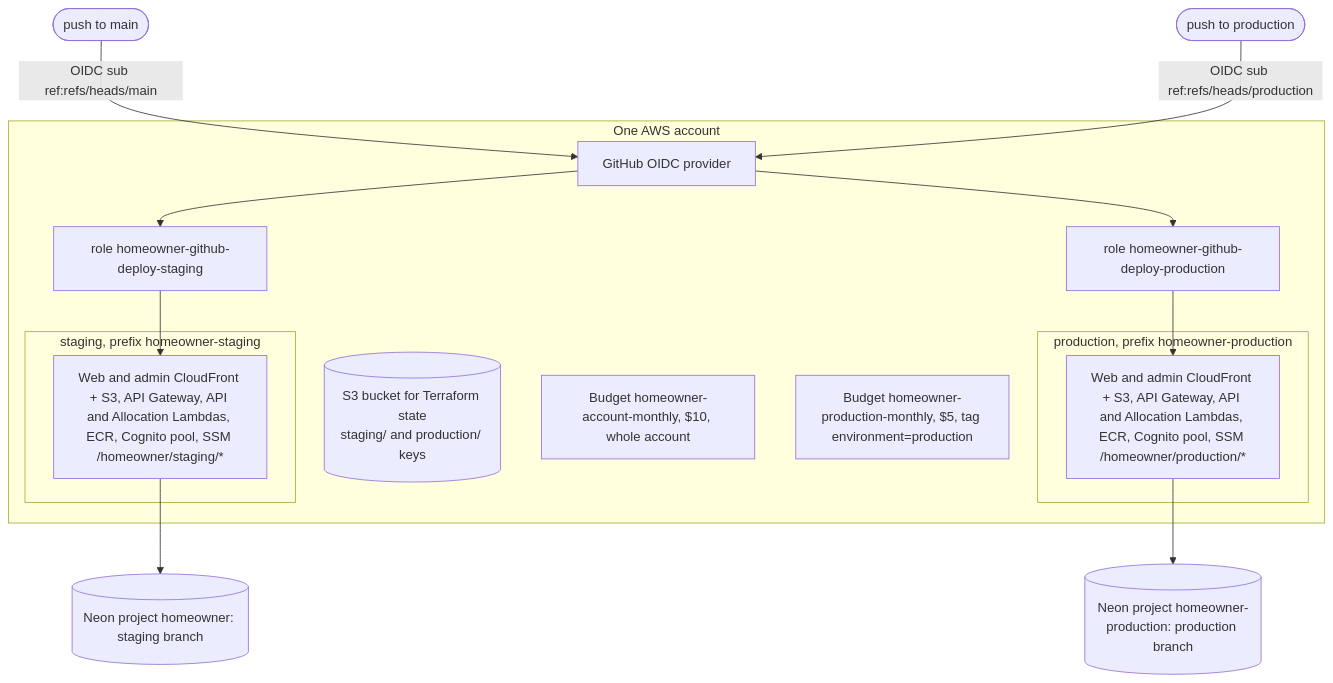
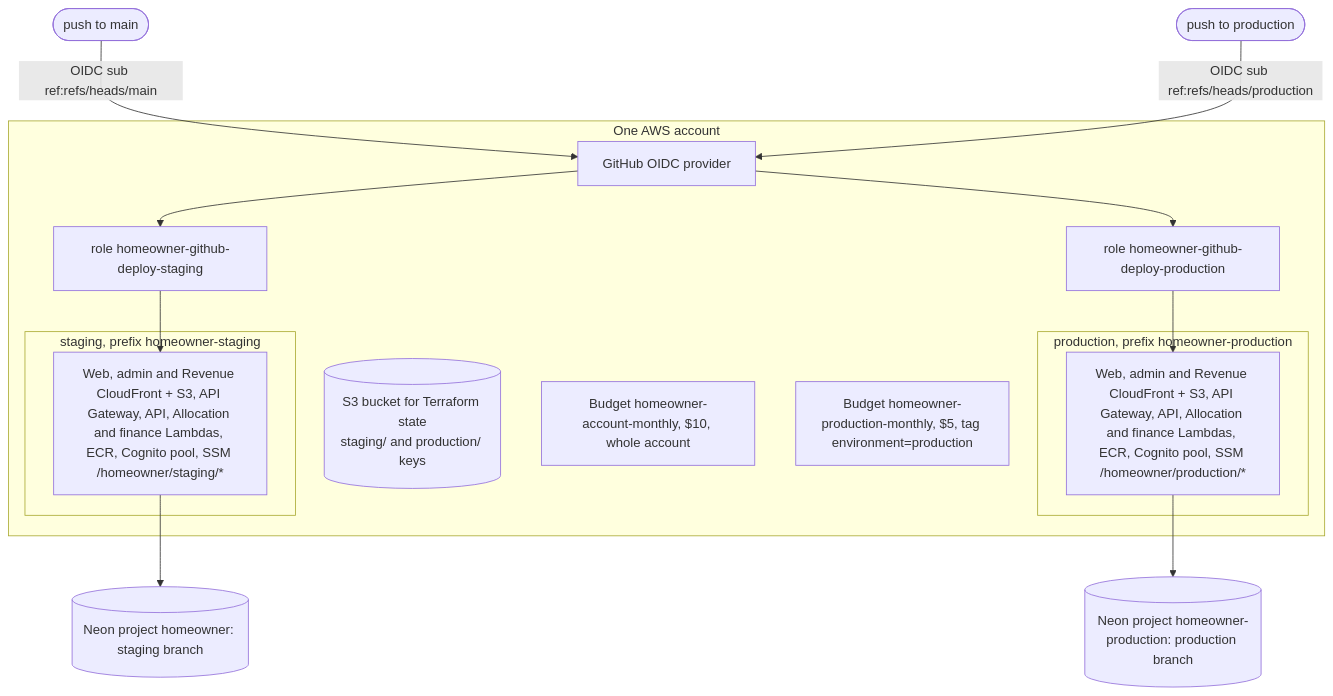
One commit to AbnerWillclefy/Homeowner changed the first of 4 diagrams in docs/architecture/infrastructure.md. Above: the diagram before and after it, drawn with Mermaid. The commit also changed other lines of this file and 6 other files, not shown here.

Commit message:
docs(architecture): document Revenue and remove Finances from the PWA docs

````diff
--- a/docs/architecture/infrastructure.md
+++ b/docs/architecture/infrastructure.md
@@ -17,23 +17,23 @@
 ```mermaid
 flowchart TB
     subgraph aws["One AWS account"]
       tf[("S3 bucket for Terraform state<br/>staging/ and production/ keys")]
       oidc["GitHub OIDC provider"]
       subgraph stg["staging, prefix homeowner-staging"]
-        stgset["Web and admin CloudFront + S3, API Gateway, API and Allocation Lambdas, ECR, Cognito pool, SSM /homeowner/staging/*"]
+        stgset["Web, admin and Revenue CloudFront + S3, API Gateway, API, Allocation and finance Lambdas, ECR, Cognito pool, SSM /homeowner/staging/*"]
       end
       subgraph prod["production, prefix homeowner-production"]
-        prodset["Web and admin CloudFront + S3, API Gateway, API and Allocation Lambdas, ECR, Cognito pool, SSM /homeowner/production/*"]
+        prodset["Web, admin and Revenue CloudFront + S3, API Gateway, API, Allocation and finance Lambdas, ECR, Cognito pool, SSM /homeowner/production/*"]
       end
       rstg["role homeowner-github-deploy-staging"]
       rprod["role homeowner-github-deploy-production"]
       bacct["Budget homeowner-account-monthly, $10, whole account"]
       bprod["Budget homeowner-production-monthly, $5, tag environment=production"]
     end
     nstg[("Neon project homeowner: staging branch")]
     nprod[("Neon project homeowner-production: production branch")]
     main(["push to main"]) -- "OIDC sub ref:refs/heads/main" --> oidc --> rstg --> stgset
     pbranch(["push to production"]) -- "OIDC sub ref:refs/heads/production" --> oidc --> rprod --> prodset
     stgset --> nstg
     prodset --> nprod
 ```
````
